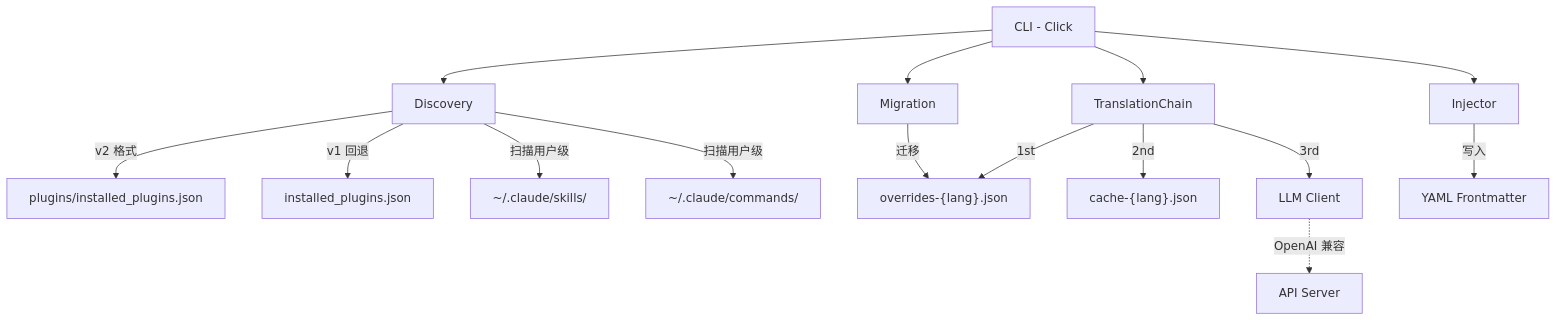
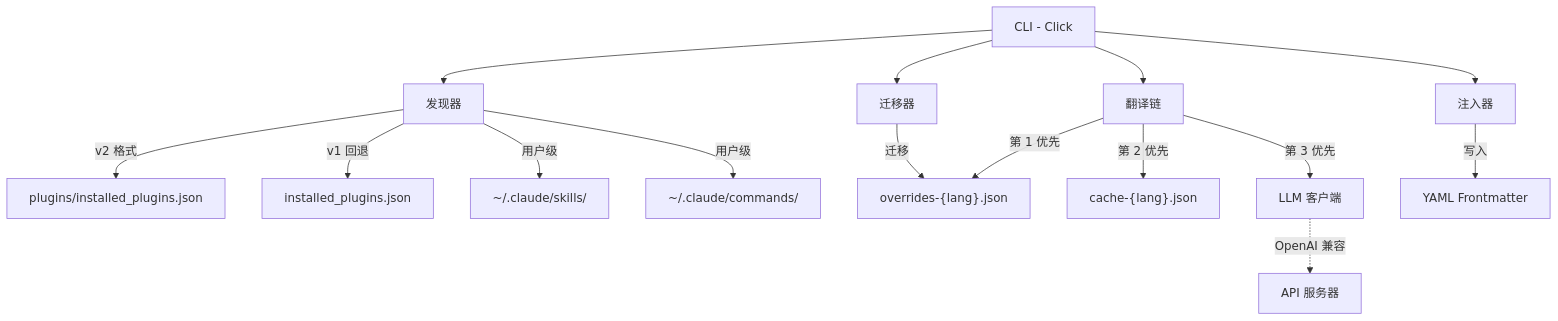
One commit to debug-zhuweijian/claude-translator changed the second of 2 diagrams in README.zh-CN.md. Above: the diagram before and after it, drawn with Mermaid. The commit also changed other lines of this file and 3 other files, not shown here.

````diff
--- a/README.zh-CN.md
+++ b/README.zh-CN.md
@@ -232,21 +384,21 @@
 ```mermaid
 graph TB
-    CLI[CLI - Click] --> DISC[Discovery]
-    CLI --> TRANS[TranslationChain]
-    CLI --> INJ[Injector]
-    CLI --> MIGR[Migration]
+    CLI[CLI - Click] --> DISC[发现器]
+    CLI --> TRANS[翻译链]
+    CLI --> INJ[注入器]
+    CLI --> MIGR[迁移器]
 
     DISC --> |v2 格式| V2["plugins/installed_plugins.json"]
     DISC --> |v1 回退| V1["installed_plugins.json"]
-    DISC --> |扫描用户级| USER["~/.claude/skills/"]
-    DISC --> |扫描用户级| USERC["~/.claude/commands/"]
+    DISC --> |用户级| USER["~/.claude/skills/"]
+    DISC --> |用户级| USERC["~/.claude/commands/"]
 
-    TRANS --> |1st| OV["overrides-{lang}.json"]
-    TRANS --> |2nd| CACHE["cache-{lang}.json"]
-    TRANS --> |3rd| LLM[LLM Client]
+    TRANS --> |第 1 优先| OV["overrides-{lang}.json"]
+    TRANS --> |第 2 优先| CACHE["cache-{lang}.json"]
+    TRANS --> |第 3 优先| LLM[LLM 客户端]
 
     INJ --> |写入| FM[YAML Frontmatter]
     MIGR --> |迁移| OV
 
-    LLM -.-> |OpenAI 兼容| API[API Server]
+    LLM -.-> |OpenAI 兼容| API[API 服务器]
 ```
````
